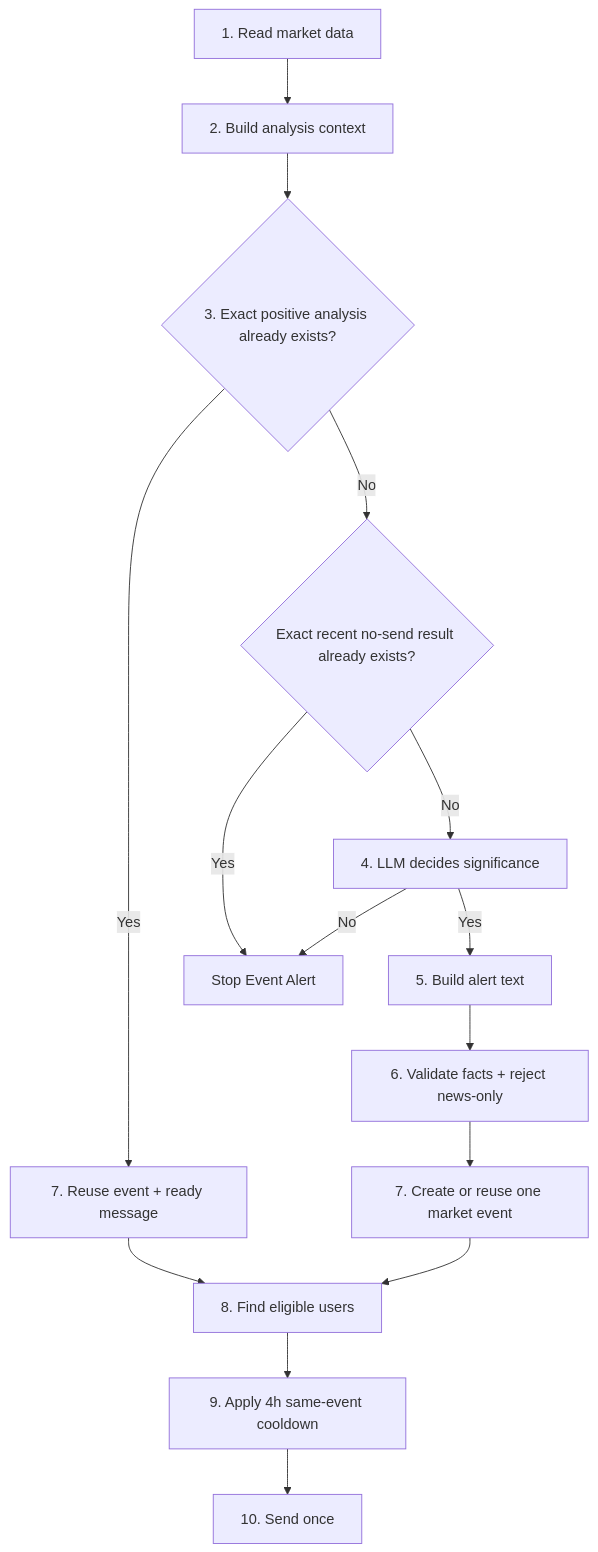
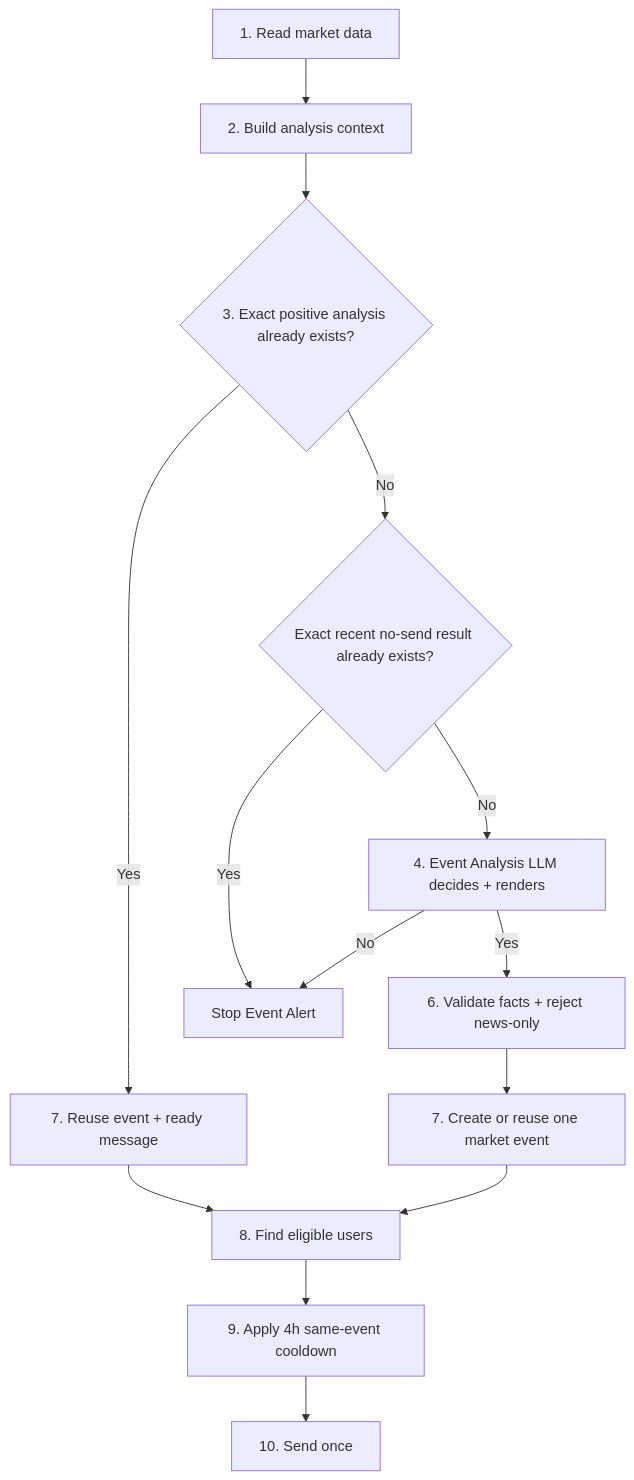
Before and after one commit to akrasnoslov-dev/CCWBot: the diagram in docs/alert_logic.md, drawn with Mermaid. The commit also changed other lines of this file, not shown here.

Commit message:
Document grounded one-stage Event Analysis flow

````diff
--- a/docs/alert_logic.md
+++ b/docs/alert_logic.md
@@ -5,17 +5,16 @@
 ```mermaid
 flowchart TD
     A[1. Read market data] --> B[2. Build analysis context]
     B --> C{3. Exact positive analysis already exists?}
     C -- Yes --> H[7. Reuse event + ready message]
     C -- No --> D{Exact recent no-send result already exists?}
     D -- Yes --> X[Stop Event Alert]
-    D -- No --> E[4. LLM decides significance]
+    D -- No --> E[4. Event Analysis LLM decides + renders]
     E -- No --> X
-    E -- Yes --> F[5. Build alert text]
-    F --> G[6. Validate facts + reject news-only]
+    E -- Yes --> G[6. Validate facts + reject news-only]
     G --> H2[7. Create or reuse one market event]
     H --> I[8. Find eligible users]
     H2 --> I
     I --> J[9. Apply 4h same-event cooldown]
     J --> K[10. Send once]
 ```
````
